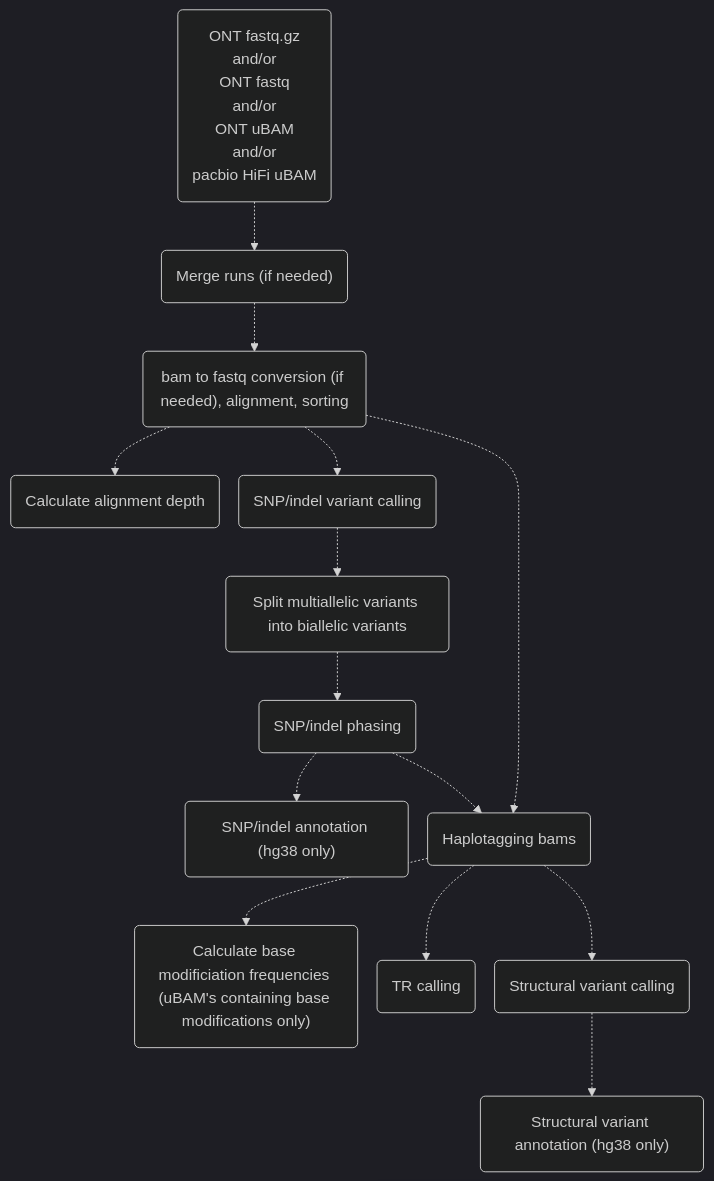
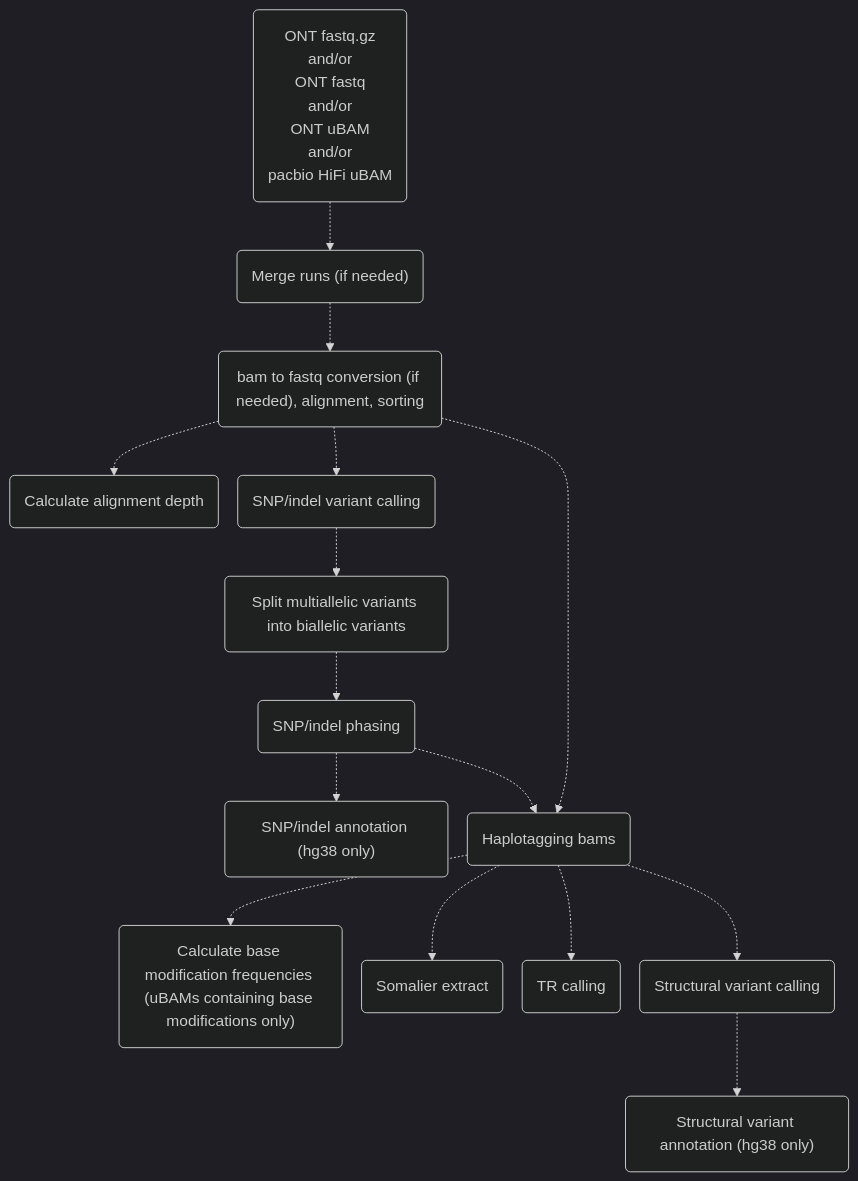
One commit to leahkemp/pipeface changed the first of 3 diagrams in docs/pipeface/info.md. Above: the diagram before and after it, drawn with Mermaid. The commit also changed other lines of this file and 16 other files, not shown here.

````diff
--- a/docs/pipeface/info.md
+++ b/docs/pipeface/info.md
@@ -7,27 +7,29 @@
 ```mermaid
 %%{init:{'theme':'dark','themeVariables':{'fontSize':'11'},'flowchart':{'nodeSpacing':20}}}%%
 flowchart TB
 
 input_data("ONT fastq.gz <br> and/or <br> ONT fastq <br> and/or <br> ONT uBAM <br> and/or <br> pacbio HiFi uBAM")
 merging("Merge runs (if needed)")
 alignment("bam to fastq conversion (if needed), alignment, sorting")
 depth("Calculate alignment depth")
 snp_indel_calling("SNP/indel variant calling")
 split_multiallele("Split multiallelic variants into biallelic variants")
 snp_indel_phasing("SNP/indel phasing")
 snp_indel_annotation("SNP/indel annotation (hg38 only)")
 haplotagging("Haplotagging bams")
-calculate_base_mod_freqs("Calculate base modificiation frequencies (uBAM's containing base modifications only)")
+calculate_base_mod_freqs("Calculate base modification frequencies (uBAMs containing base modifications only)")
+somalier("Somalier extract")
 tr_calling("TR calling")
 sv_calling("Structural variant calling")
 sv_annotation("Structural variant annotation (hg38 only)")
 
 input_data-.->merging-.->alignment-.->snp_indel_calling-.->split_multiallele-.->snp_indel_phasing-.->haplotagging-.->sv_calling
 alignment-.->depth
 alignment-.->haplotagging
 haplotagging-.->calculate_base_mod_freqs
+haplotagging-.->somalier
 haplotagging-.->tr_calling
 snp_indel_phasing-.->snp_indel_annotation
 sv_calling-.->sv_annotation
 
 ```
````
